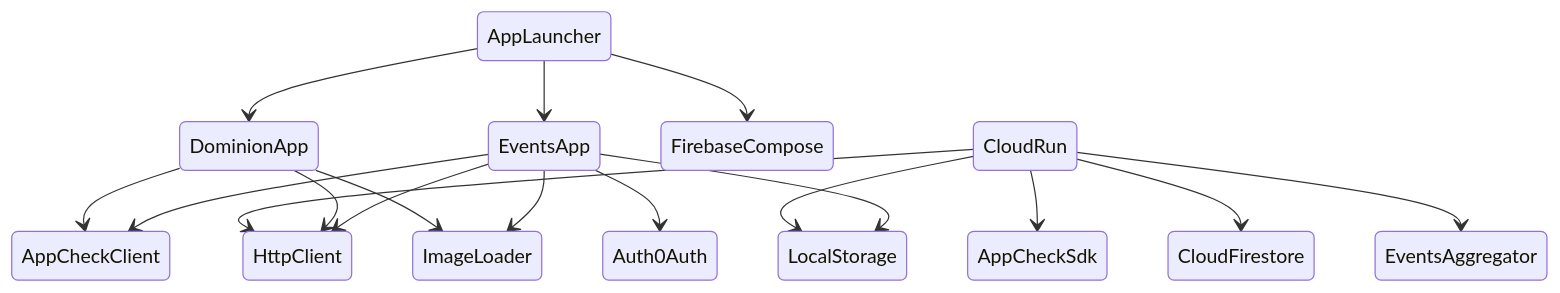
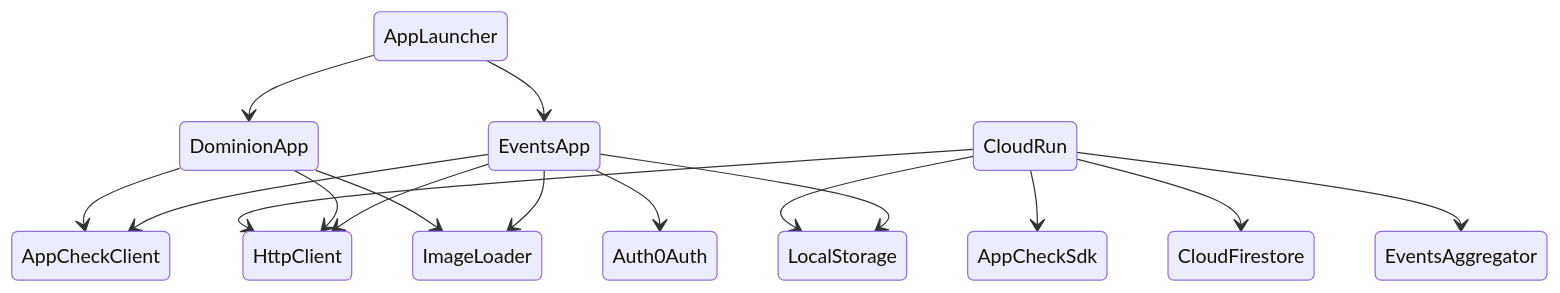
One commit to ashdavies/playground.ashdavies.dev changed the diagram in README.md. Above: the diagram before and after it, drawn with Mermaid. The commit also changed 18 other files, not shown here.

Commit message:
Drop firebase compose with app check

````diff
--- a/README.md
+++ b/README.md
@@ -44,22 +44,21 @@
 ```mermaid
 stateDiagram-v2
     AppLauncher --> DominionApp
     AppLauncher --> EventsApp
-    AppLauncher --> FirebaseCompose
 
     CloudRun --> AppCheckSdk
     CloudRun --> CloudFirestore
     CloudRun --> EventsAggregator
     CloudRun --> HttpClient
     CloudRun --> LocalStorage
 
     DominionApp --> AppCheckClient
     DominionApp --> HttpClient
     DominionApp --> ImageLoader
 
     EventsApp --> AppCheckClient
     EventsApp --> Auth0Auth
     EventsApp --> HttpClient
     EventsApp --> ImageLoader
     EventsApp --> LocalStorage
 ```
````
